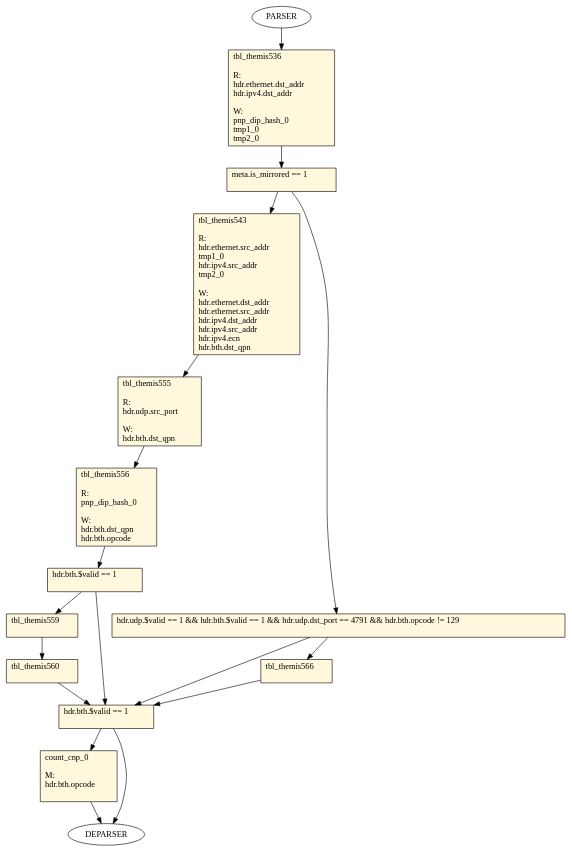
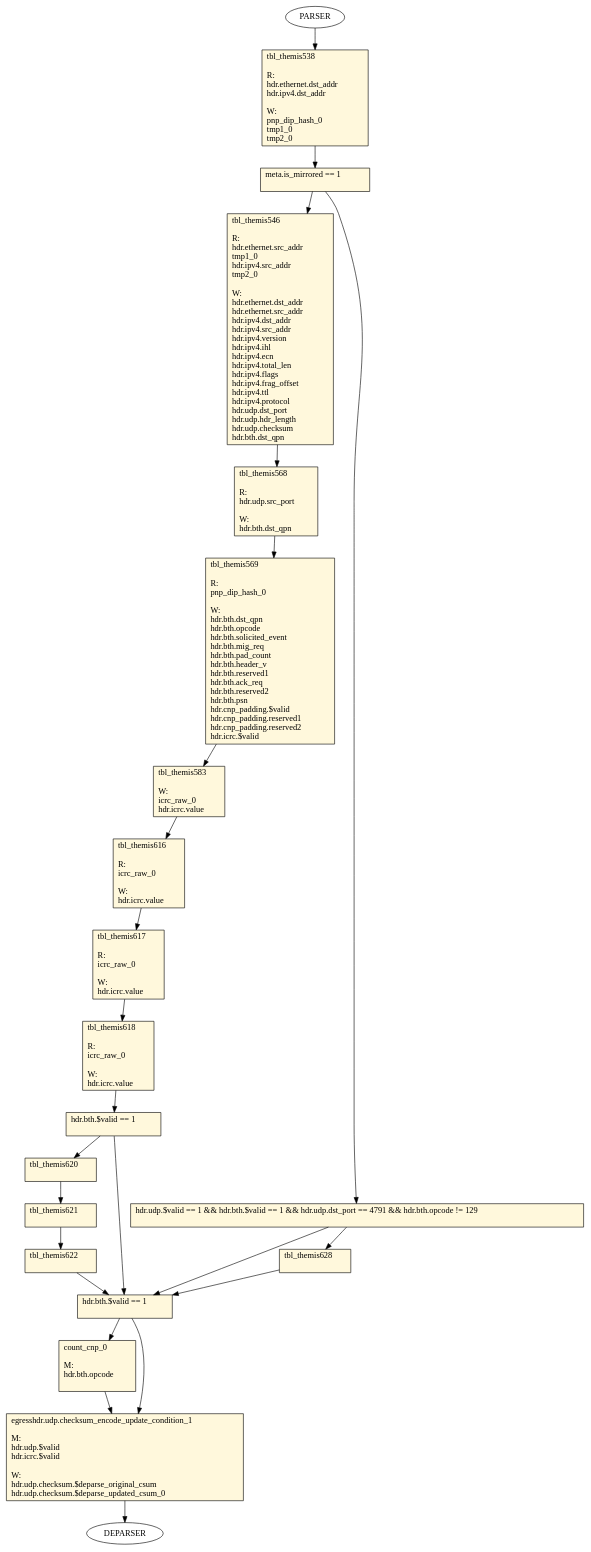
One commit to Networked-System-and-Security-Group/Themis changed the diagram in P4/tofino2/pipe/graphs/1_table_flow_graph_egress.dot. Above: the diagram before and after it, drawn with Graphviz. The commit also changed 39 other files, not shown here.

```diff
--- a/P4/tofino2/pipe/graphs/1_table_flow_graph_egress.dot
+++ b/P4/tofino2/pipe/graphs/1_table_flow_graph_egress.dot
@@ -1,73 +1,134 @@
 digraph egress {
-tbl_themis536 [ shape=record, style="filled", fillcolor=cornsilk, label="tbl_themis536\l\l
+tbl_themis538 [ shape=record, style="filled", fillcolor=cornsilk, label="tbl_themis538\l\l
 R:\l
  hdr.ethernet.dst_addr\l
  hdr.ipv4.dst_addr\l
 \lW:\l
  pnp_dip_hash_0\l
  tmp1_0\l
  tmp2_0\l
  "];
 cond_23 [ shape=record, style="filled", fillcolor=cornsilk, label="meta.is_mirrored == 1\l\l
  "];
-tbl_themis543 [ shape=record, style="filled", fillcolor=cornsilk, label="tbl_themis543\l\l
+tbl_themis546 [ shape=record, style="filled", fillcolor=cornsilk, label="tbl_themis546\l\l
 R:\l
  hdr.ethernet.src_addr\l
  tmp1_0\l
  hdr.ipv4.src_addr\l
  tmp2_0\l
 \lW:\l
  hdr.ethernet.dst_addr\l
  hdr.ethernet.src_addr\l
  hdr.ipv4.dst_addr\l
  hdr.ipv4.src_addr\l
+ hdr.ipv4.version\l
+ hdr.ipv4.ihl\l
  hdr.ipv4.ecn\l
+ hdr.ipv4.total_len\l
+ hdr.ipv4.flags\l
+ hdr.ipv4.frag_offset\l
+ hdr.ipv4.ttl\l
+ hdr.ipv4.protocol\l
+ hdr.udp.dst_port\l
+ hdr.udp.hdr_length\l
+ hdr.udp.checksum\l
  hdr.bth.dst_qpn\l
  "];
 cond_25 [ shape=record, style="filled", fillcolor=cornsilk, label="hdr.udp.$valid == 1 && hdr.bth.$valid == 1 && hdr.udp.dst_port == 4791 && hdr.bth.opcode != 129\l\l
  "];
-tbl_themis555 [ shape=record, style="filled", fillcolor=cornsilk, label="tbl_themis555\l\l
+tbl_themis568 [ shape=record, style="filled", fillcolor=cornsilk, label="tbl_themis568\l\l
 R:\l
  hdr.udp.src_port\l
 \lW:\l
  hdr.bth.dst_qpn\l
  "];
-tbl_themis556 [ shape=record, style="filled", fillcolor=cornsilk, label="tbl_themis556\l\l
+tbl_themis569 [ shape=record, style="filled", fillcolor=cornsilk, label="tbl_themis569\l\l
 R:\l
  pnp_dip_hash_0\l
 \lW:\l
  hdr.bth.dst_qpn\l
  hdr.bth.opcode\l
+ hdr.bth.solicited_event\l
+ hdr.bth.mig_req\l
+ hdr.bth.pad_count\l
+ hdr.bth.header_v\l
+ hdr.bth.reserved1\l
+ hdr.bth.ack_req\l
+ hdr.bth.reserved2\l
+ hdr.bth.psn\l
+ hdr.cnp_padding.$valid\l
+ hdr.cnp_padding.reserved1\l
+ hdr.cnp_padding.reserved2\l
+ hdr.icrc.$valid\l
+ "];
+tbl_themis583 [ shape=record, style="filled", fillcolor=cornsilk, label="tbl_themis583\l\l
+W:\l
+ icrc_raw_0\l
+ hdr.icrc.value\l
+ "];
+tbl_themis616 [ shape=record, style="filled", fillcolor=cornsilk, label="tbl_themis616\l\l
+R:\l
+ icrc_raw_0\l
+\lW:\l
+ hdr.icrc.value\l
+ "];
+tbl_themis617 [ shape=record, style="filled", fillcolor=cornsilk, label="tbl_themis617\l\l
+R:\l
+ icrc_raw_0\l
+\lW:\l
+ hdr.icrc.value\l
+ "];
+tbl_themis618 [ shape=record, style="filled", fillcolor=cornsilk, label="tbl_themis618\l\l
+R:\l
+ icrc_raw_0\l
+\lW:\l
+ hdr.icrc.value\l
  "];
 cond_24 [ shape=record, style="filled", fillcolor=cornsilk, label="hdr.bth.$valid == 1\l\l
  "];
-tbl_themis559 [ shape=record, style="filled", fillcolor=cornsilk, label="tbl_themis559\l\l
+tbl_themis620 [ shape=record, style="filled", fillcolor=cornsilk, label="tbl_themis620\l\l
  "];
 cond_26 [ shape=record, style="filled", fillcolor=cornsilk, label="hdr.bth.$valid == 1\l\l
  "];
-tbl_themis560 [ shape=record, style="filled", fillcolor=cornsilk, label="tbl_themis560\l\l
+tbl_themis621 [ shape=record, style="filled", fillcolor=cornsilk, label="tbl_themis621\l\l
  "];
-tbl_themis566 [ shape=record, style="filled", fillcolor=cornsilk, label="tbl_themis566\l\l
+tbl_themis622 [ shape=record, style="filled", fillcolor=cornsilk, label="tbl_themis622\l\l
+ "];
+tbl_themis628 [ shape=record, style="filled", fillcolor=cornsilk, label="tbl_themis628\l\l
  "];
 count_cnp_0 [ shape=record, style="filled", fillcolor=cornsilk, label="count_cnp_0\l\l
 M:\l
  hdr.bth.opcode\l
 \l "];
-    PARSER -> tbl_themis536
-    tbl_themis536 -> cond_23
-    cond_23 -> tbl_themis543
+egresshdr_udp_checksum_encode_update_condition_1 [ shape=record, style="filled", fillcolor=cornsilk, label="egresshdr.udp.checksum_encode_update_condition_1\l\l
+M:\l
+ hdr.udp.$valid\l
+ hdr.icrc.$valid\l
+\lW:\l
+ hdr.udp.checksum.$deparse_original_csum\l
+ hdr.udp.checksum.$deparse_updated_csum_0\l
+ "];
+    PARSER -> tbl_themis538
+    tbl_themis538 -> cond_23
+    cond_23 -> tbl_themis546
     cond_23 -> cond_25
-    tbl_themis543 -> tbl_themis555
-    tbl_themis555 -> tbl_themis556
-    tbl_themis556 -> cond_24
-    cond_24 -> tbl_themis559
+    tbl_themis546 -> tbl_themis568
+    tbl_themis568 -> tbl_themis569
+    tbl_themis569 -> tbl_themis583
+    tbl_themis583 -> tbl_themis616
+    tbl_themis616 -> tbl_themis617
+    tbl_themis617 -> tbl_themis618
+    tbl_themis618 -> cond_24
+    cond_24 -> tbl_themis620
     cond_24 -> cond_26
-    tbl_themis559 -> tbl_themis560
-    tbl_themis560 -> cond_26
-    cond_25 -> tbl_themis566
+    tbl_themis620 -> tbl_themis621
+    tbl_themis621 -> tbl_themis622
+    tbl_themis622 -> cond_26
+    cond_25 -> tbl_themis628
     cond_25 -> cond_26
-    tbl_themis566 -> cond_26
+    tbl_themis628 -> cond_26
     cond_26 -> count_cnp_0
-    cond_26 -> DEPARSER
-    count_cnp_0 -> DEPARSER
+    cond_26 -> egresshdr_udp_checksum_encode_update_condition_1
+    count_cnp_0 -> egresshdr_udp_checksum_encode_update_condition_1
+    egresshdr_udp_checksum_encode_update_condition_1 -> DEPARSER
 }
```
